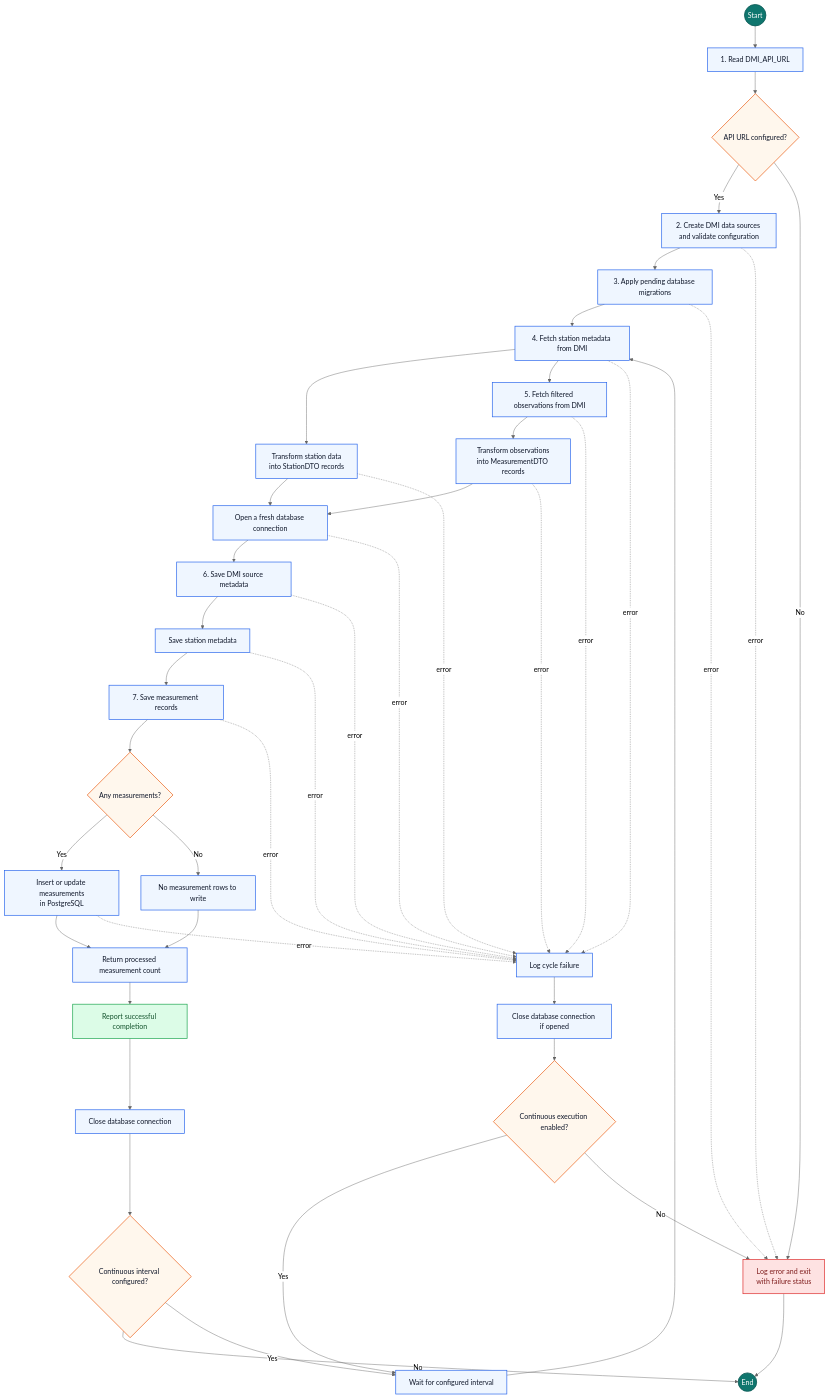
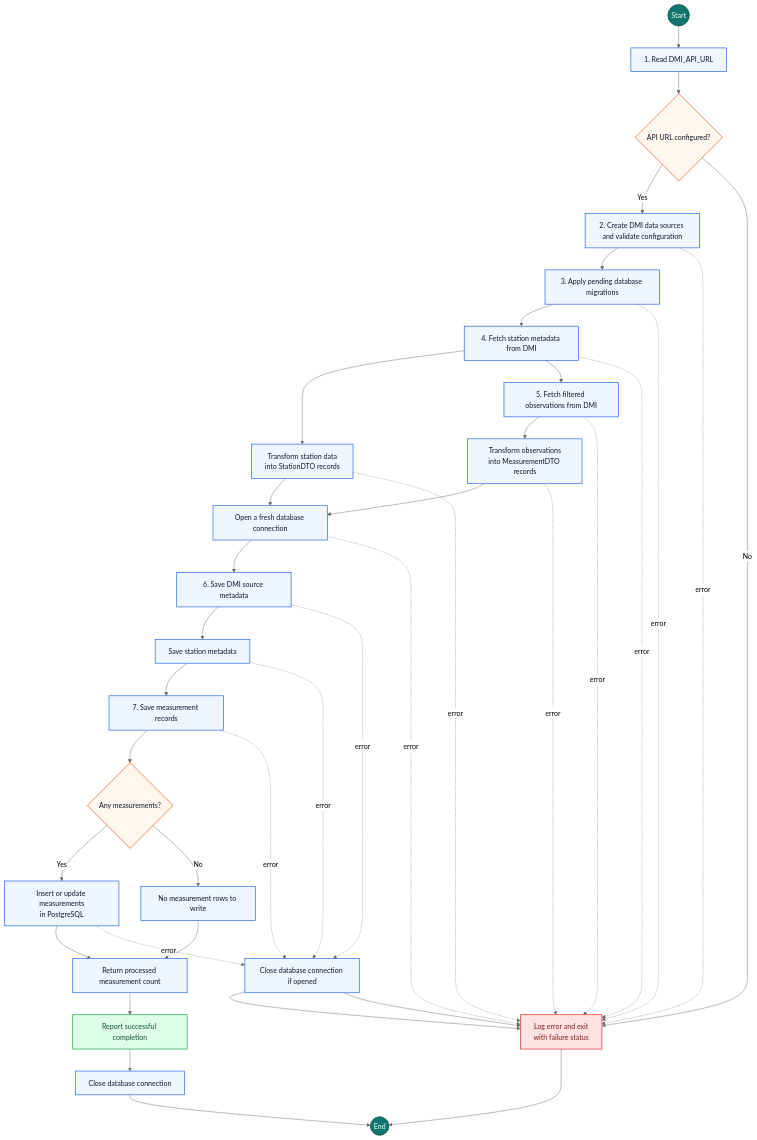
One commit to mielouise/environment_data_project changed the third of 4 diagrams in README.md. Above: the diagram before and after it, drawn with Mermaid (neutral theme). The commit also changed other lines of this file and 13 other files, not shown here.

````diff
--- a/README.md
+++ b/README.md
@@ -452,71 +448,63 @@
 ```mermaid
 flowchart TD
     Start((Start))
     ReadURL["1. Read DMI_API_URL"]
     HasURL{"API URL configured?"}
     BuildSource["2. Create DMI data sources and validate configuration"]
     InitSchema["3. Apply pending database migrations"]
     FetchStations["4. Fetch station metadata from DMI"]
     Fetch["5. Fetch filtered observations from DMI"]
     TransformStations["Transform station data<br/>into StationDTO records"]
     Transform["Transform observations<br/>into MeasurementDTO records"]
     Connect["Open a fresh database connection"]
     SaveSource["6. Save DMI source metadata"]
     SaveStations["Save station metadata"]
     SaveMeasurements["7. Save measurement records"]
     HasRecords{"Any measurements?"}
     WriteRecords["Insert or update measurements<br/>in PostgreSQL"]
     NoRecords["No measurement rows to write"]
     Count["Return processed measurement count"]
     ReportSuccess["Report successful completion"]
     ReportFailure["Log error and exit<br/>with failure status"]
-    CycleFailure["Log cycle failure"]
     Cleanup["Close database connection"]
     FailureCleanup["Close database connection if opened"]
-    Continuous{"Continuous interval configured?"}
-    Retry{"Continuous execution enabled?"}
-    Wait["Wait for configured interval"]
     End((End))
 
     Start --> ReadURL --> HasURL
     HasURL -->|Yes| BuildSource --> InitSchema --> FetchStations
     FetchStations --> TransformStations
     FetchStations --> Fetch --> Transform
     TransformStations --> Connect
     Transform --> Connect --> SaveSource
     SaveSource --> SaveStations --> SaveMeasurements --> HasRecords
     HasRecords -->|Yes| WriteRecords --> Count
     HasRecords -->|No| NoRecords --> Count
-    Count --> ReportSuccess --> Cleanup --> Continuous
-    Continuous -->|No| End
-    Continuous -->|Yes| Wait --> FetchStations
+    Count --> ReportSuccess --> Cleanup --> End
     HasURL -->|No| ReportFailure
     ReportFailure --> End
 
     BuildSource -. error .-> ReportFailure
     InitSchema -. error .-> ReportFailure
-    FetchStations -. error .-> CycleFailure
-    Fetch -. error .-> CycleFailure
-    TransformStations -. error .-> CycleFailure
-    Transform -. error .-> CycleFailure
-    Connect -. error .-> CycleFailure
-    SaveSource -. error .-> CycleFailure
-    SaveStations -. error .-> CycleFailure
-    SaveMeasurements -. error .-> CycleFailure
-    WriteRecords -. error .-> CycleFailure
-    CycleFailure --> FailureCleanup --> Retry
-    Retry -->|Yes| Wait
-    Retry -->|No| ReportFailure
+    FetchStations -. error .-> ReportFailure
+    Fetch -. error .-> ReportFailure
+    TransformStations -. error .-> ReportFailure
+    Transform -. error .-> ReportFailure
+    Connect -. error .-> ReportFailure
+    SaveSource -. error .-> FailureCleanup --> ReportFailure
+    SaveStations -. error .-> FailureCleanup
+    SaveMeasurements -. error .-> FailureCleanup
+    WriteRecords -. error .-> FailureCleanup
+    FailureCleanup --> ReportFailure
 
     classDef terminal fill:#0f766e,color:#ffffff,stroke:#115e59,stroke-width:2px
     classDef action fill:#eff6ff,color:#0f172a,stroke:#2563eb,stroke-width:1.5px
     classDef decision fill:#fff7ed,color:#0f172a,stroke:#ea580c,stroke-width:1.5px
     classDef success fill:#dcfce7,color:#14532d,stroke:#16a34a,stroke-width:1.5px
     classDef failure fill:#fee2e2,color:#7f1d1d,stroke:#dc2626,stroke-width:1.5px
 
     class Start,End terminal
-    class InitSchema,ReadURL,BuildSource,Connect,Fetch,Transform,TransformStations,FetchStations,SaveSource,SaveStations,SaveMeasurements,WriteRecords,NoRecords,Count,Cleanup,FailureCleanup,Wait,CycleFailure action
-    class HasURL,HasRecords,Continuous,Retry decision
+    class InitSchema,ReadURL,BuildSource,Connect,Fetch,Transform,TransformStations,FetchStations,SaveSource,SaveStations,SaveMeasurements,WriteRecords,NoRecords,Count,Cleanup,FailureCleanup action
+    class HasURL,HasRecords decision
     class ReportSuccess success
     class ReportFailure failure
 ```
````
